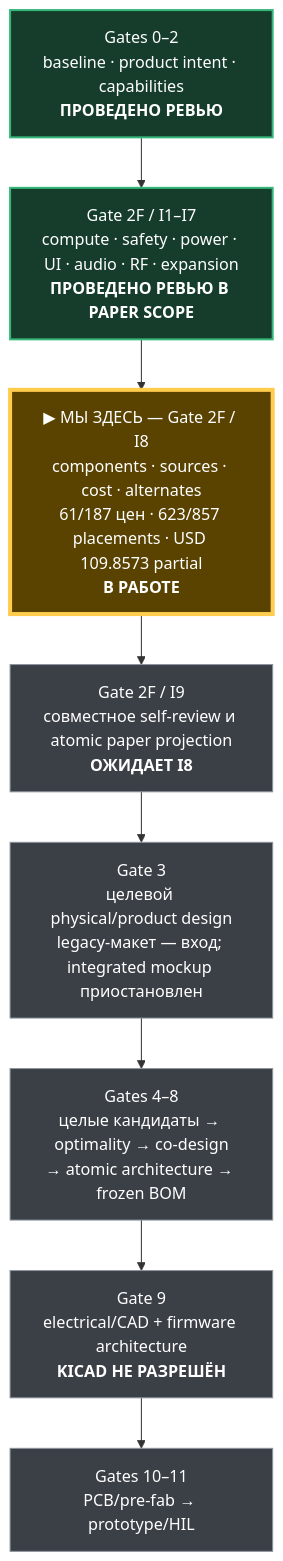
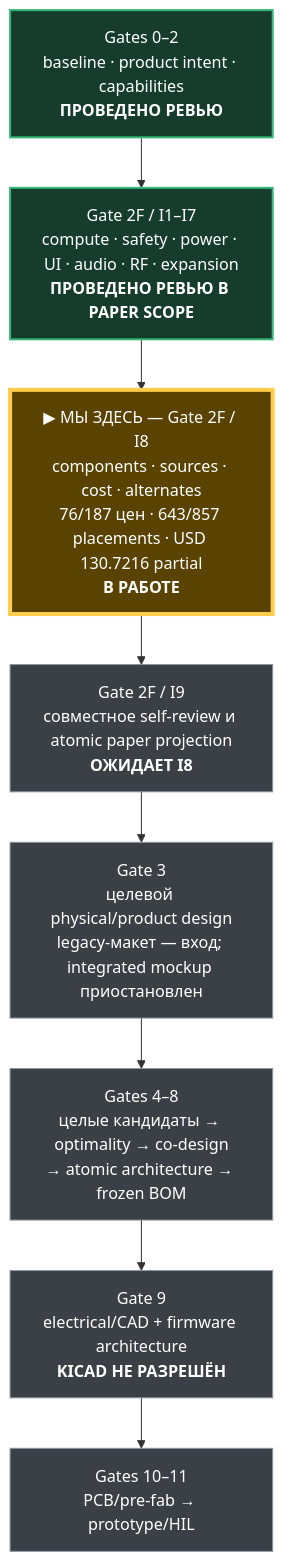
One commit to anton-vinogradov/esp32-leshy2 changed the diagram in docs/review/stages.md. Above: the diagram before and after it, drawn with Mermaid. The commit also changed other lines of this file and 24 other files, not shown here.

````diff
--- a/docs/review/stages.md
+++ b/docs/review/stages.md
@@ -15,20 +15,20 @@
 ```mermaid
 flowchart TD
   G02["Gates 0–2<br/>baseline · product intent · capabilities<br/><b>ПРОВЕДЕНО РЕВЬЮ</b>"]
   I17["Gate 2F / I1–I7<br/>compute · safety · power · UI · audio · RF · expansion<br/><b>ПРОВЕДЕНО РЕВЬЮ В PAPER SCOPE</b>"]
-  I8["▶ МЫ ЗДЕСЬ — Gate 2F / I8<br/>components · sources · cost · alternates<br/>61/187 цен · 623/857 placements · USD 109.8573 partial<br/><b>В РАБОТЕ</b>"]
+  I8["▶ МЫ ЗДЕСЬ — Gate 2F / I8<br/>components · sources · cost · alternates<br/>76/187 цен · 643/857 placements · USD 130.7216 partial<br/><b>В РАБОТЕ</b>"]
   I9["Gate 2F / I9<br/>совместное self-review и atomic paper projection<br/><b>ОЖИДАЕТ I8</b>"]
   G3["Gate 3<br/>целевой physical/product design<br/>legacy-макет — вход; integrated mockup приостановлен"]
   G48["Gates 4–8<br/>целые кандидаты → optimality → co-design<br/>→ atomic architecture → frozen BOM"]
   G9["Gate 9<br/>electrical/CAD + firmware architecture<br/><b>KICAD НЕ РАЗРЕШЁН</b>"]
   G1011["Gates 10–11<br/>PCB/pre-fab → prototype/HIL"]
 
   G02 --> I17 --> I8 --> I9 --> G3 --> G48 --> G9 --> G1011
 
   classDef reviewed fill:#163d2b,stroke:#35b779,color:#ffffff,stroke-width:2px;
   classDef current fill:#5a4300,stroke:#ffcc4d,color:#ffffff,stroke-width:4px;
   classDef blocked fill:#3b3f46,stroke:#8b949e,color:#ffffff,stroke-width:1px;
   class G02,I17 reviewed;
   class I8 current;
   class I9,G3,G48,G9,G1011 blocked;
 ```
````
